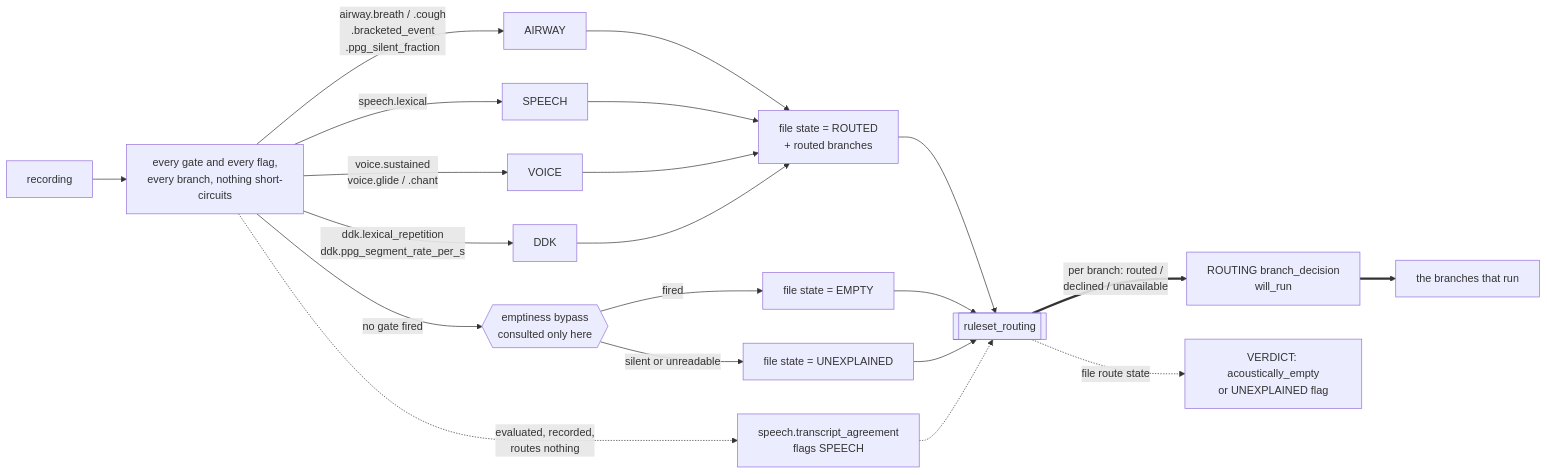
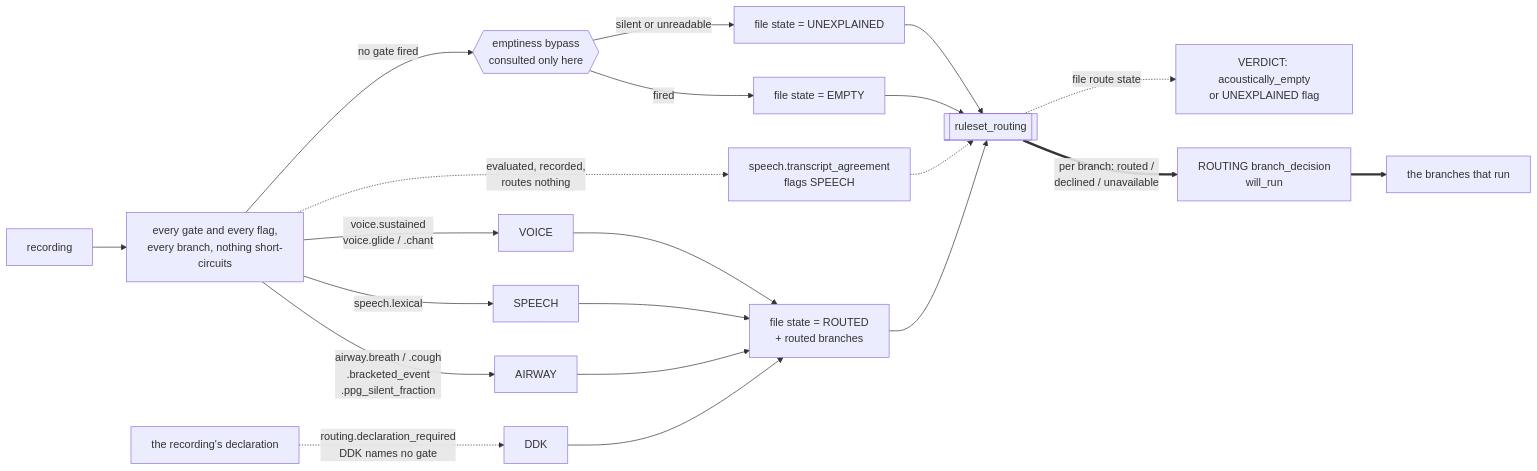
Before and after one commit to sensein/senselab: the second of 13 diagrams in specs/20260817-triage-workflow-dag/dag.md, drawn with Mermaid. The commit also changed other lines of this file and 9 other files, not shown here.

First line of the commit message:
docs(triage): re-tell the DDK gate story as why the declaration gate exists

````diff
--- a/specs/20260817-triage-workflow-dag/dag.md
+++ b/specs/20260817-triage-workflow-dag/dag.md
@@ -924,23 +928,23 @@
 ```mermaid
 graph LR
   R["recording"] --> G["every gate and every flag,<br/>every branch, nothing short-circuits"]
   G -->|"airway.breath / .cough<br/>.bracketed_event<br/>.ppg_silent_fraction"| AIR["AIRWAY"]
   G -->|"speech.lexical"| SPE["SPEECH"]
   G -->|"voice.sustained<br/>voice.glide / .chant"| VOI["VOICE"]
-  G -->|"ddk.lexical_repetition<br/>ddk.ppg_segment_rate_per_s"| DDK["DDK"]
+  D["the recording's declaration"] -.->|"routing.declaration_required<br/>DDK names no gate"| DDK["DDK"]
   G -.->|"evaluated, recorded,<br/>routes nothing"| FL["speech.transcript_agreement<br/>flags SPEECH"]
   G -->|"no gate fired"| E{{"emptiness bypass<br/>consulted only here"}}
   E -->|fired| EMP["file state = EMPTY"]
   E -->|"silent or unreadable"| UNX["file state = UNEXPLAINED"]
   AIR --> ST["file state = ROUTED<br/>+ routed branches"]
   SPE --> ST
   VOI --> ST
   DDK --> ST
   ST --> M[["ruleset_routing"]]
   EMP --> M
   UNX --> M
   FL -.-> M
   M ==>|"per branch: routed /<br/>declined / unavailable"| RO["ROUTING branch_decision<br/>will_run"]
   M -.->|"file route state"| V["VERDICT: acoustically_empty<br/>or UNEXPLAINED flag"]
   RO ==> B["the branches that run"]
 ```
````
